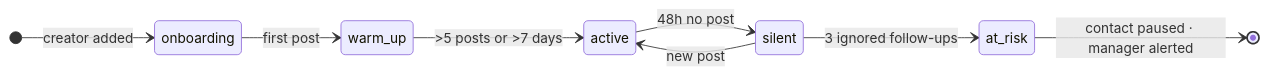
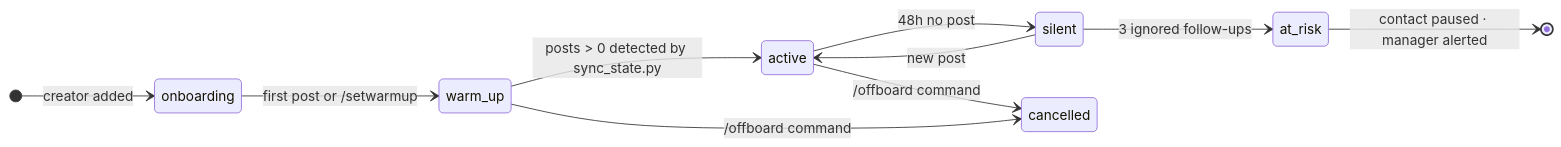
The second of 4 diagrams in README.md (RubenLovera/viral-agent), drawn with Mermaid before and after one commit. The commit also changed other lines of this file and 4 other files, not shown here.

First line of the commit message:
feat: v1.4 — 3-day warm-up system, /setwarmup, /offboard, sync_state.py, quality guards

````diff
--- a/README.md
+++ b/README.md
@@ -87,11 +106,13 @@
 ```mermaid
 stateDiagram-v2
     direction LR
     [*] --> onboarding : creator added
-    onboarding --> warm_up : first post
-    warm_up --> active : >5 posts or >7 days
+    onboarding --> warm_up : first post or /setwarmup
+    warm_up --> active : posts > 0 detected by sync_state.py
     active --> silent : 48h no post
     silent --> active : new post
     silent --> at_risk : 3 ignored follow-ups
     at_risk --> [*] : contact paused · manager alerted
+    active --> cancelled : /offboard command
+    warm_up --> cancelled : /offboard command
 ```
````
